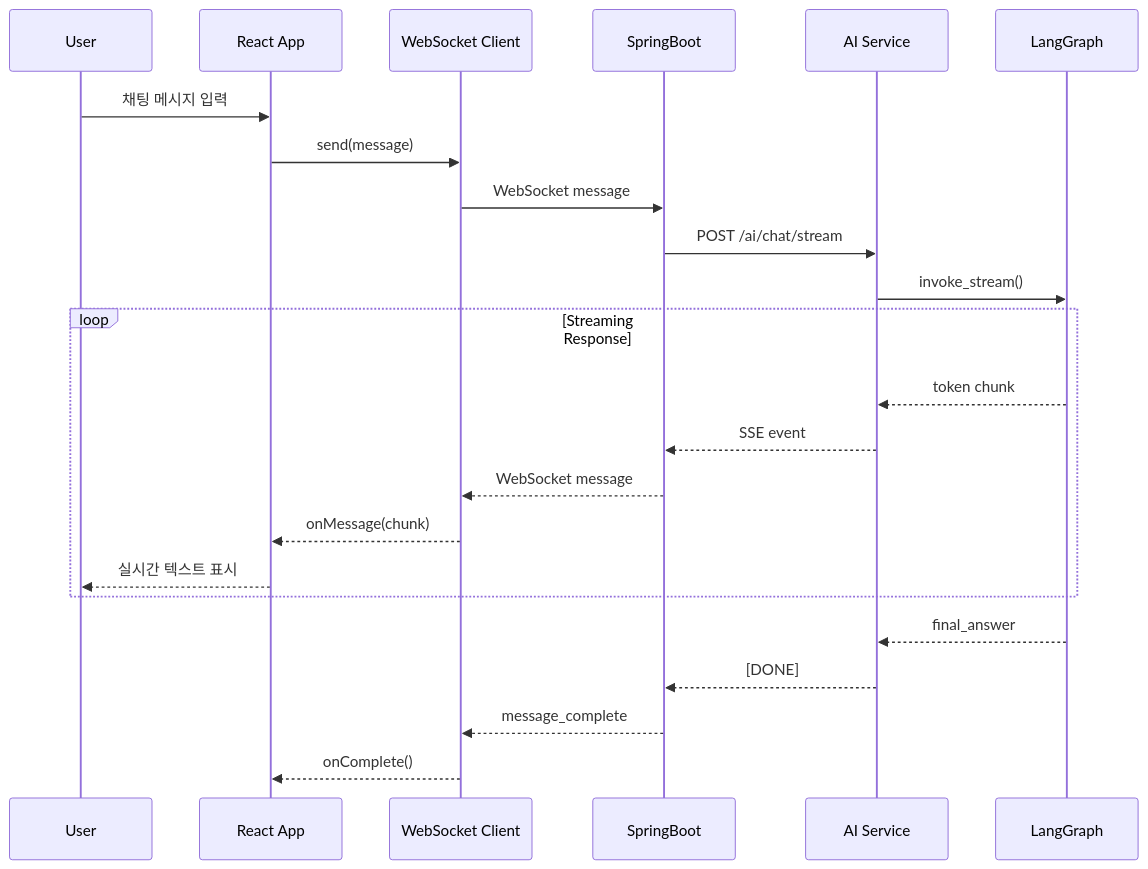
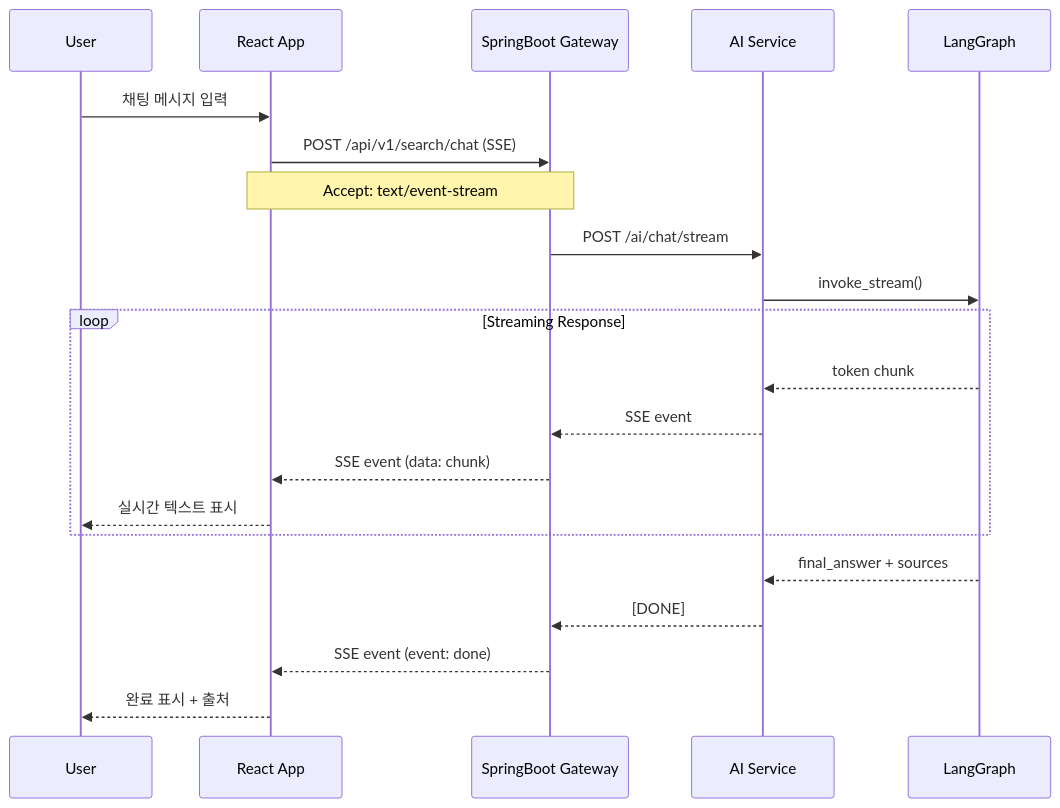
The fourth of 5 diagrams in knowledge_service/docs/02_design/frontend_detailed_design.md (k82022603/hybrid-rag-knowledge-ops), drawn with Mermaid before and after one commit. The commit also changed other lines of this file and 32 other files, not shown here.

````diff
--- a/knowledge_service/docs/02_design/frontend_detailed_design.md
+++ b/knowledge_service/docs/02_design/frontend_detailed_design.md
@@ -2609,28 +2646,26 @@
 ```mermaid
 sequenceDiagram
     participant User
     participant Frontend as React App
-    participant WS as WebSocket Client
-    participant Backend as SpringBoot
+    participant Backend as SpringBoot Gateway
     participant AI as AI Service
     participant LG as LangGraph
 
     User->>Frontend: 채팅 메시지 입력
-    Frontend->>WS: send(message)
-    WS->>Backend: WebSocket message
+    Frontend->>Backend: POST /api/v1/search/chat (SSE)
+    Note over Frontend,Backend: Accept: text/event-stream
     Backend->>AI: POST /ai/chat/stream
     AI->>LG: invoke_stream()
 
     loop Streaming Response
         LG-->>AI: token chunk
         AI-->>Backend: SSE event
-        Backend-->>WS: WebSocket message
-        WS-->>Frontend: onMessage(chunk)
+        Backend-->>Frontend: SSE event (data: chunk)
         Frontend-->>User: 실시간 텍스트 표시
     end
 
-    LG-->>AI: final_answer
+    LG-->>AI: final_answer + sources
     AI-->>Backend: [DONE]
-    Backend-->>WS: message_complete
-    WS-->>Frontend: onComplete()
+    Backend-->>Frontend: SSE event (event: done)
+    Frontend-->>User: 완료 표시 + 출처
 ```
````
